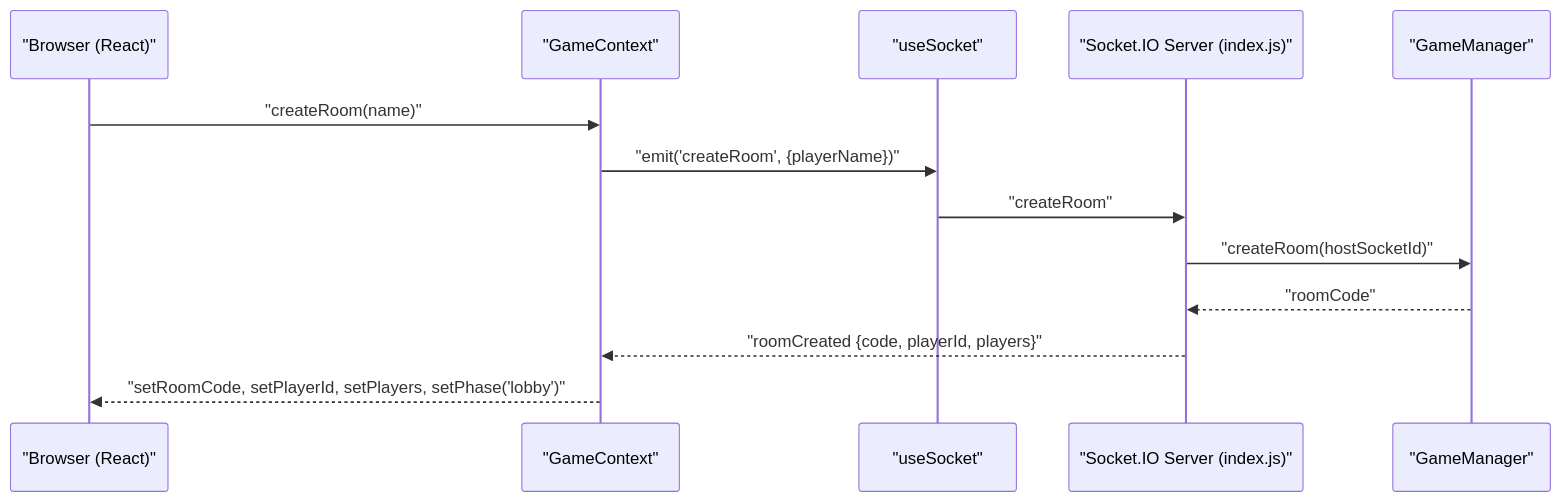
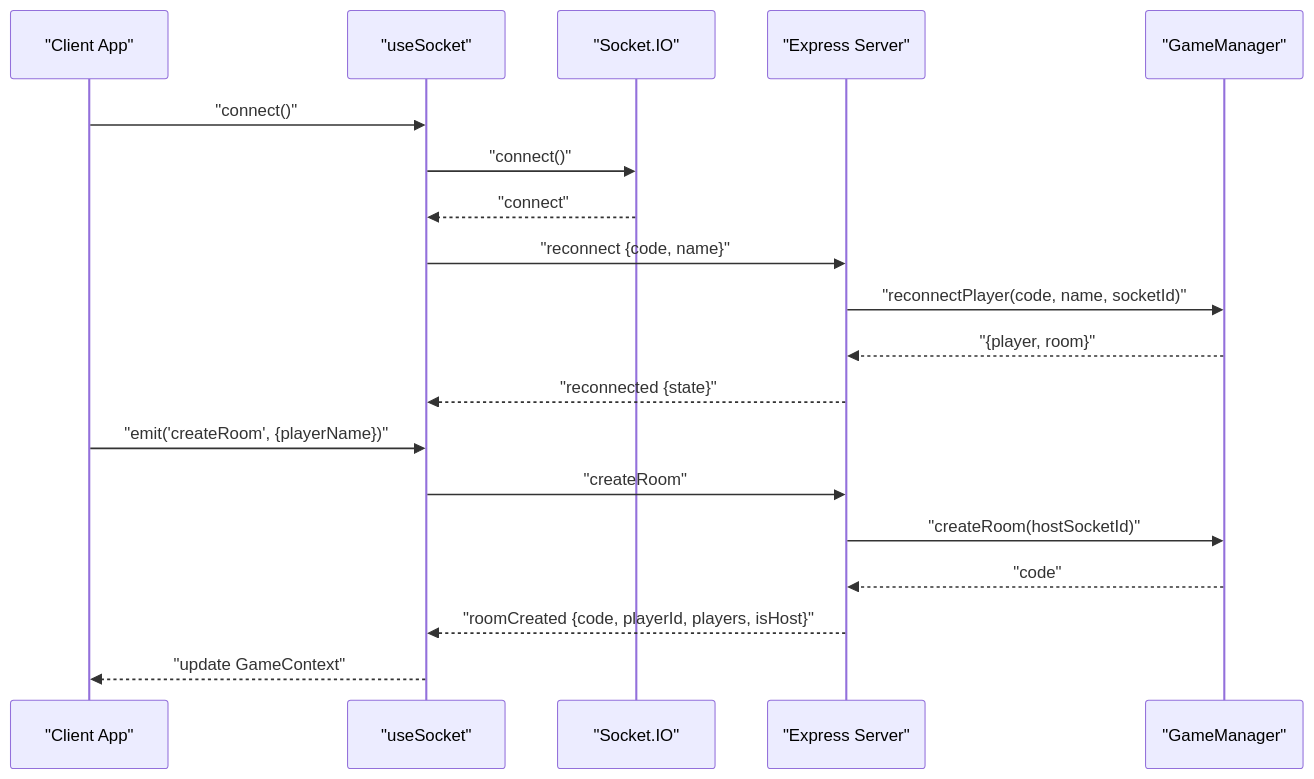
One commit to sparshgupta001/imposter_game changed the third of 7 diagrams in .qoder/repowiki/en/content/Architecture Overview.md. Above: the diagram before and after it, drawn with Mermaid. The commit also changed other lines of this file and 29 other files, not shown here.

````diff
--- a/.qoder/repowiki/en/content/Architecture Overview.md
+++ b/.qoder/repowiki/en/content/Architecture Overview.md
@@ -112,15 +147,21 @@
 ```mermaid
 sequenceDiagram
-participant Browser as "Browser (React)"
-participant Provider as "GameContext"
+participant Client as "Client App"
 participant Hook as "useSocket"
-participant Server as "Socket.IO Server (index.js)"
-participant Manager as "GameManager"
-Browser->>Provider : "createRoom(name)"
-Provider->>Hook : "emit('createRoom', {playerName})"
+participant IO as "Socket.IO"
+participant Server as "Express Server"
+participant GM as "GameManager"
+Client->>Hook : "connect()"
+Hook->>IO : "connect()"
+IO-->>Hook : "connect"
+Hook->>Server : "reconnect {code, name}"
+Server->>GM : "reconnectPlayer(code, name, socketId)"
+GM-->>Server : "{player, room}"
+Server-->>Hook : "reconnected {state}"
+Client->>Hook : "emit('createRoom', {playerName})"
 Hook->>Server : "createRoom"
-Server->>Manager : "createRoom(hostSocketId)"
-Manager-->>Server : "roomCode"
-Server-->>Provider : "roomCreated {code, playerId, players}"
-Provider-->>Browser : "setRoomCode, setPlayerId, setPlayers, setPhase('lobby')"
+Server->>GM : "createRoom(hostSocketId)"
+GM-->>Server : "code"
+Server-->>Hook : "roomCreated {code, playerId, players, isHost}"
+Hook-->>Client : "update GameContext"
 ```
````
